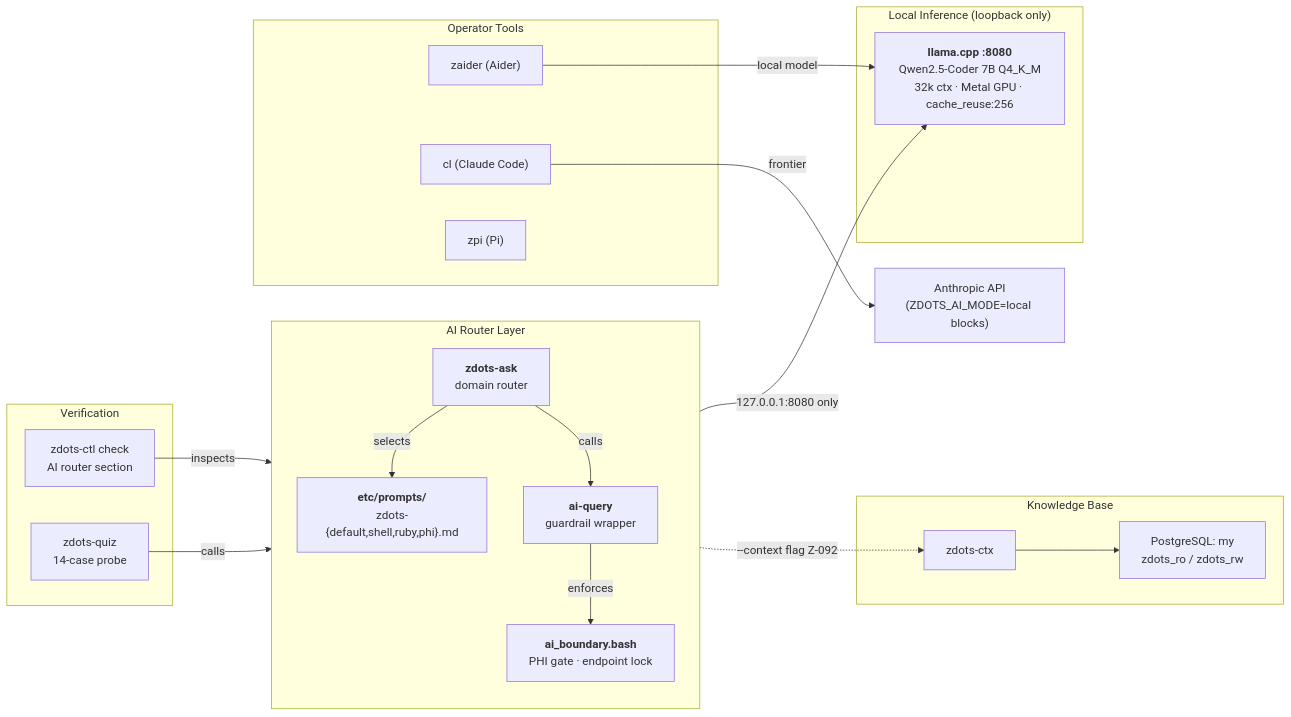
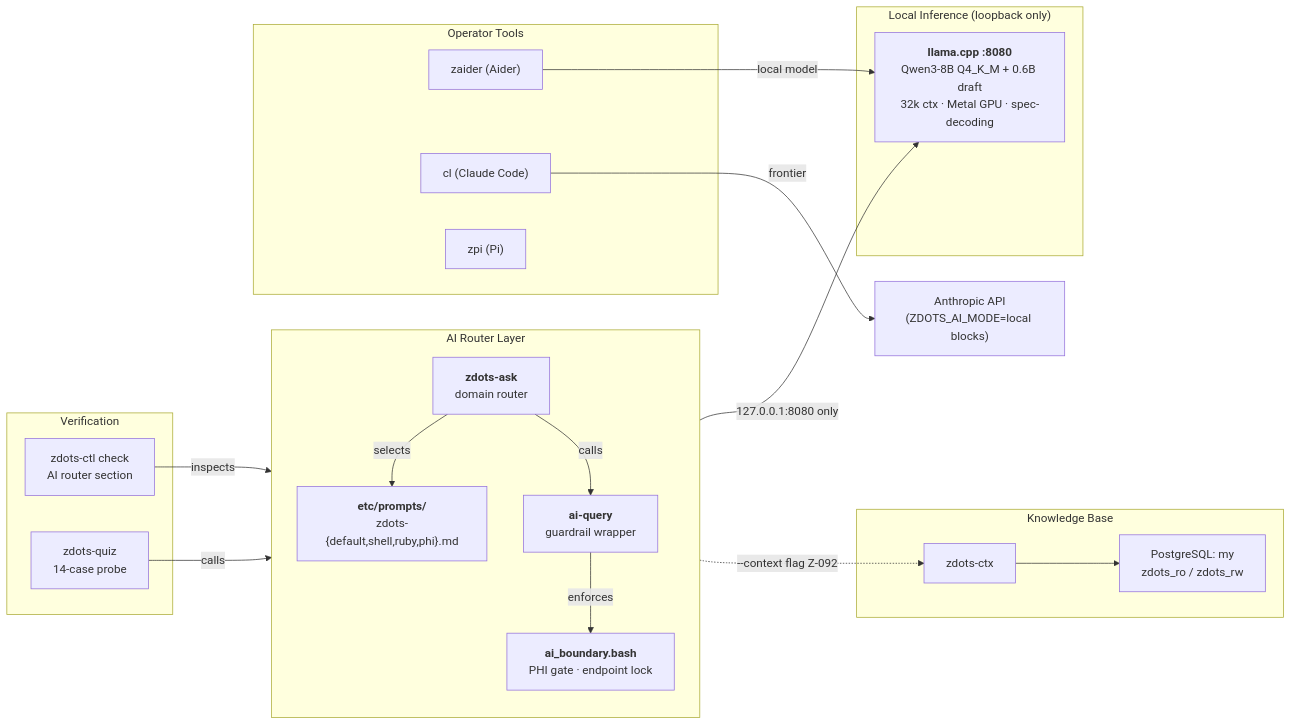
The first of 7 diagrams in docs/local-ai.md (just3ws/zdots), drawn with Mermaid before and after one commit. The commit also changed other lines of this file and 3 other files, not shown here.

````diff
--- a/docs/local-ai.md
+++ b/docs/local-ai.md
@@ -22,41 +22,41 @@
 ```mermaid
 flowchart LR
     subgraph Router["AI Router Layer"]
         direction TB
         ask["<b>zdots-ask</b>\ndomain router"]
         prompts["<b>etc/prompts/</b>\nzdots-{default,shell,ruby,phi}.md"]
         aiquery["<b>ai-query</b>\nguardrail wrapper"]
         boundary["<b>ai_boundary.bash</b>\nPHI gate · endpoint lock"]
         ask -->|selects| prompts
         ask -->|calls| aiquery
         aiquery -->|enforces| boundary
     end
 
     subgraph Inference["Local Inference (loopback only)"]
-        llama["<b>llama.cpp :8080</b>\nQwen2.5-Coder 7B Q4_K_M\n32k ctx · Metal GPU · cache_reuse:256"]
+        llama["<b>llama.cpp :8080</b>\nQwen3-8B Q4_K_M + 0.6B draft\n32k ctx · Metal GPU · spec-decoding"]
     end
 
     subgraph Tools["Operator Tools"]
         zaider["zaider (Aider)"]
         cl["cl (Claude Code)"]
         zpi["zpi (Pi)"]
     end
 
     subgraph Knowledge["Knowledge Base"]
         ctxcli["zdots-ctx"]
         pg["PostgreSQL: my\nzdots_ro / zdots_rw"]
         ctxcli --> pg
     end
 
     subgraph Ops["Verification"]
         ctl["zdots-ctl check\nAI router section"]
         quiz["zdots-quiz\n14-case probe"]
         quiz -->|calls| ask
         ctl -->|inspects| ask
     end
 
     boundary -->|127.0.0.1:8080 only| llama
     ask -.->|--context flag Z-092| ctxcli
     zaider -->|local model| llama
     cl -->|frontier| ext["Anthropic API\n(ZDOTS_AI_MODE=local blocks)"]
 ```
````
